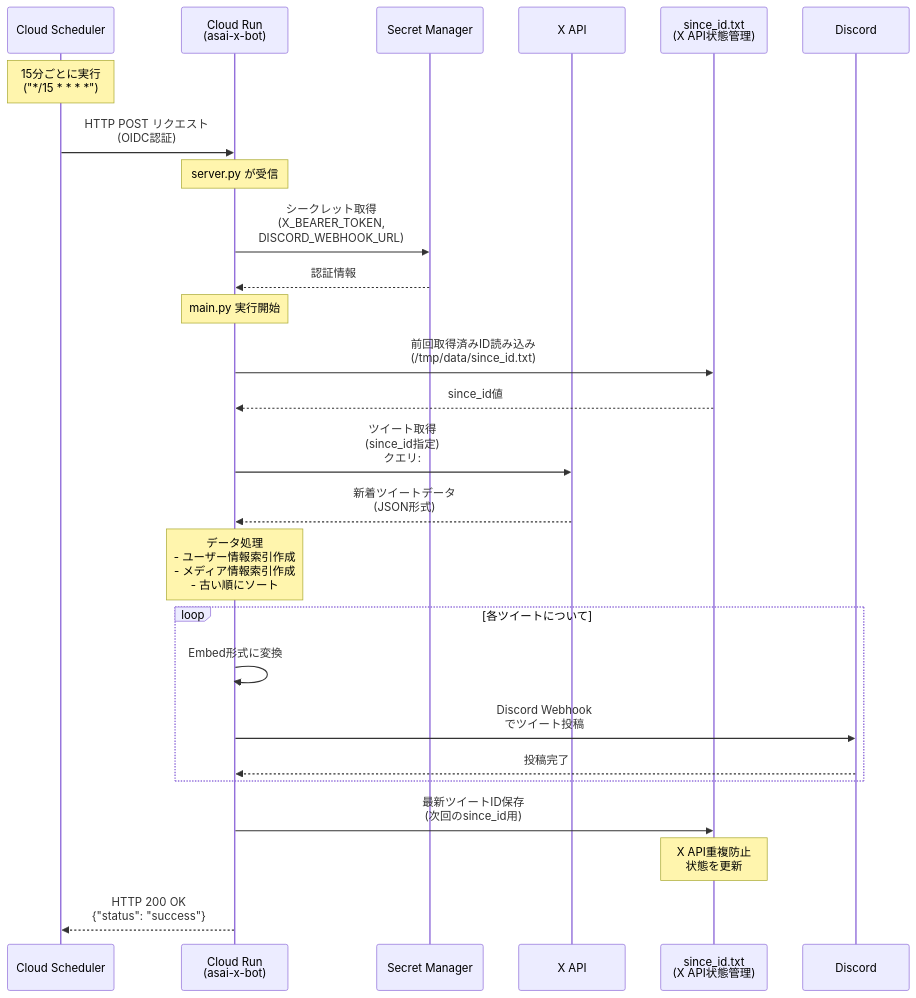
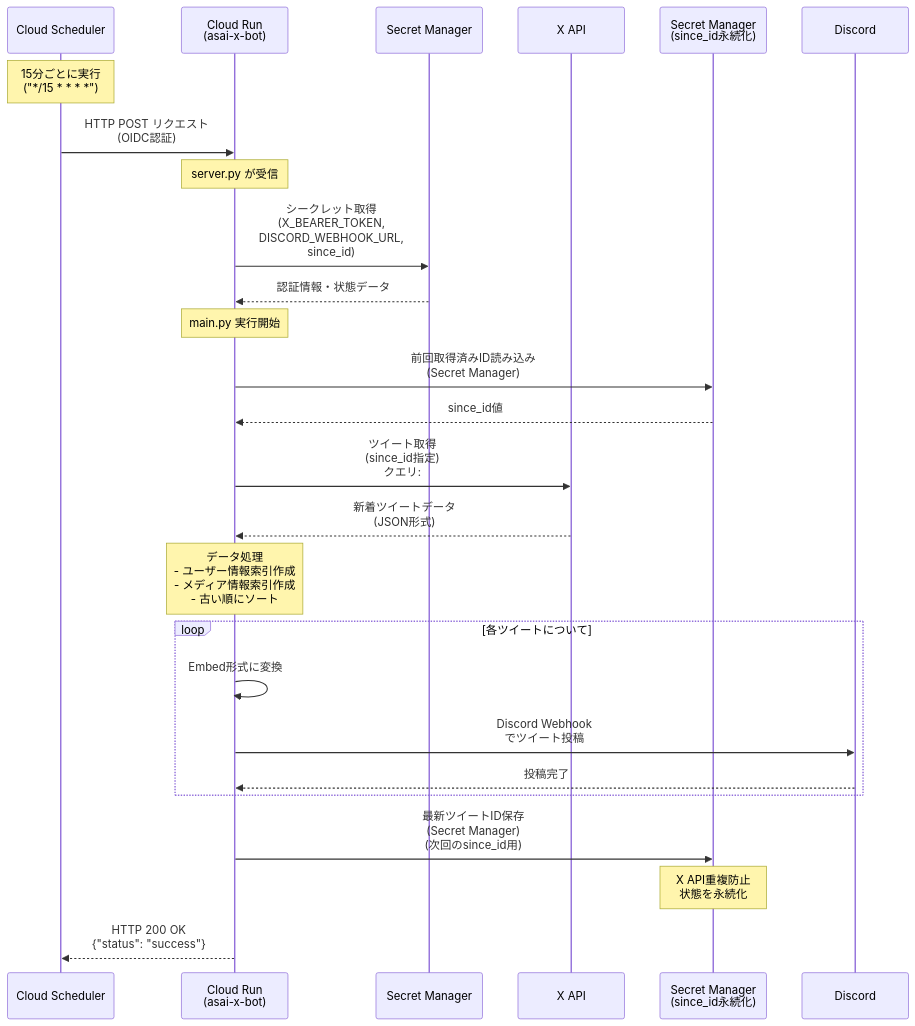
One commit to AobaIwaki123/asai-x-bot changed the first of 2 diagrams in README.md. Above: the diagram before and after it, drawn with Mermaid. The commit also changed other lines of this file and 1 other file, not shown here.

Commit message:
update: READMEとsrc/READMEを修正し、Secret Managerによるsince_idの永続化とローカルフォールバック機能を追加

````diff
--- a/README.md
+++ b/README.md
@@ -19,38 +19,38 @@
 ```mermaid
 sequenceDiagram
     participant CS as Cloud Scheduler
     participant CR as Cloud Run<br/>(asai-x-bot)
     participant SM as Secret Manager
     participant XA as X API
-    participant XS as since_id.txt<br/>(X API状態管理)
+    participant XS as Secret Manager<br/>(since_id永続化)
     participant DC as Discord
 
     Note over CS: 15分ごとに実行<br/>("*/15 * * * *")
     
     CS->>CR: HTTP POST リクエスト<br/>(OIDC認証)
     
     Note over CR: server.py が受信
-    CR->>SM: シークレット取得<br/>(X_BEARER_TOKEN,<br/>DISCORD_WEBHOOK_URL)
-    SM-->>CR: 認証情報
+    CR->>SM: シークレット取得<br/>(X_BEARER_TOKEN,<br/>DISCORD_WEBHOOK_URL,<br/>since_id)
+    SM-->>CR: 認証情報・状態データ
     
     Note over CR: main.py 実行開始
     
-    CR->>XS: 前回取得済みID読み込み<br/>(/tmp/data/since_id.txt)
+    CR->>XS: 前回取得済みID読み込み<br/>(Secret Manager)
     XS-->>CR: since_id値
     
     CR->>XA: ツイート取得<br/>(since_id指定)<br/>クエリ: #浅井恋乃未<br/>from:sakurazaka46 等
     XA-->>CR: 新着ツイートデータ<br/>(JSON形式)
     
     Note over CR: データ処理<br/>- ユーザー情報索引作成<br/>- メディア情報索引作成<br/>- 古い順にソート
     
     loop 各ツイートについて
         CR->>CR: Embed形式に変換
         CR->>DC: Discord Webhook<br/>でツイート投稿
         DC-->>CR: 投稿完了
     end
     
-    CR->>XS: 最新ツイートID保存<br/>(次回のsince_id用)
-    Note over XS: X API重複防止<br/>状態を更新
+    CR->>XS: 最新ツイートID保存<br/>(Secret Manager)<br/>(次回のsince_id用)
+    Note over XS: X API重複防止<br/>状態を永続化
     
     CR-->>CS: HTTP 200 OK<br/>{"status": "success"}
 ```
````
